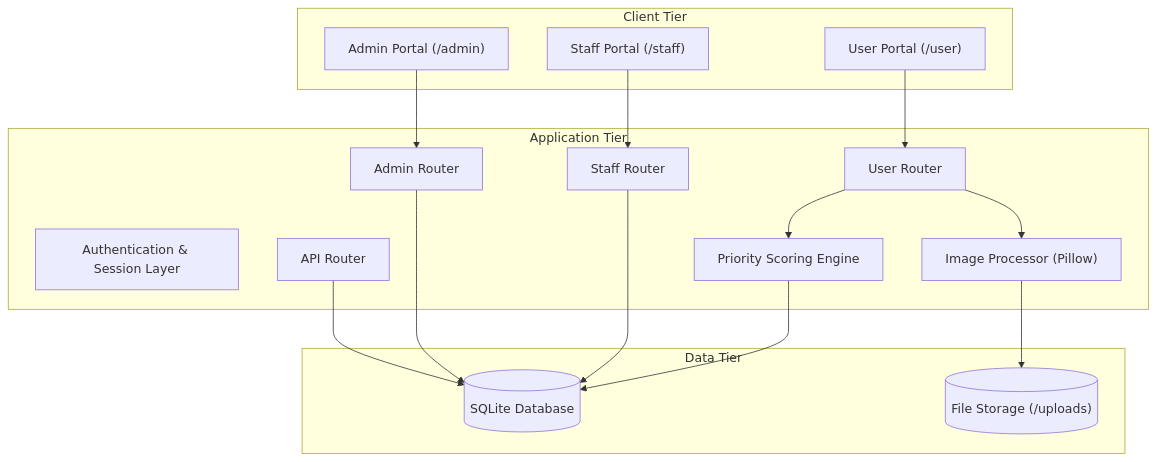
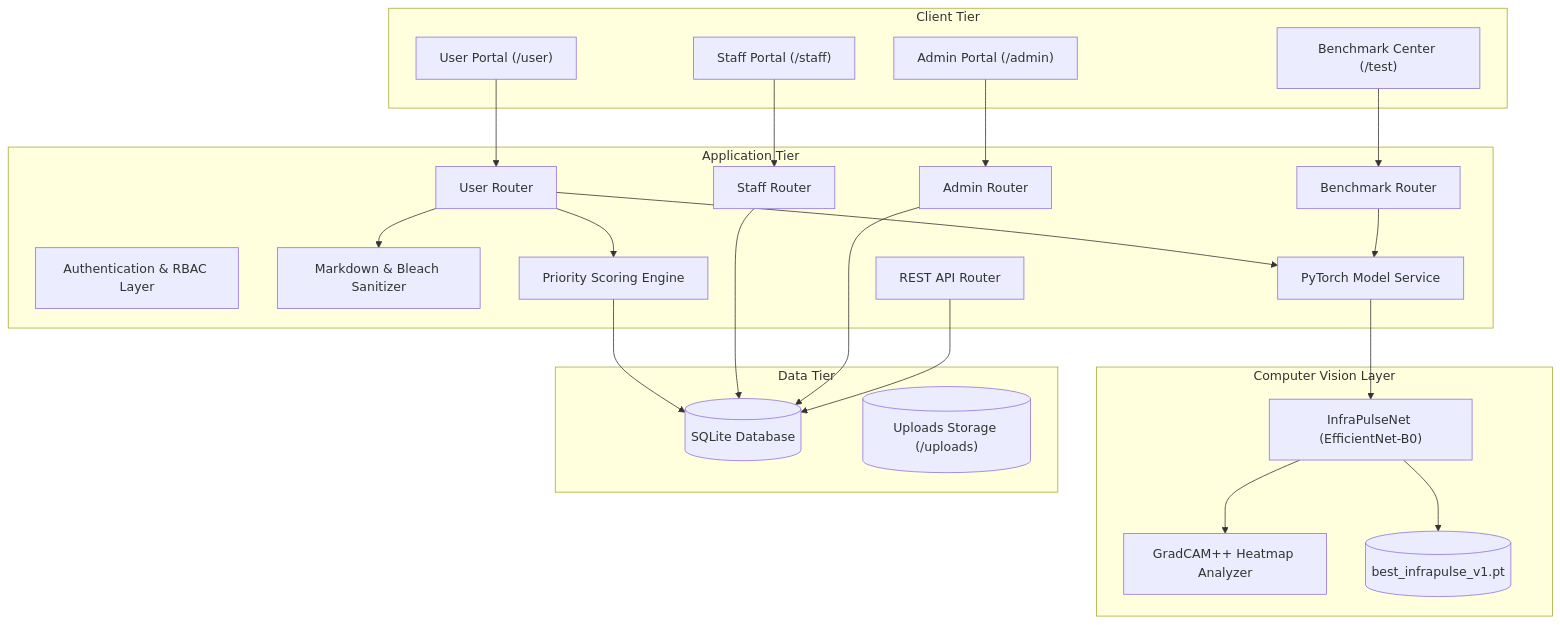
The first of 2 diagrams in docs/DESIGN_DOCUMENT.md (Bittu5134/InfraPulse), drawn with Mermaid before and after one commit. The commit also changed other lines of this file and 13 other files, not shown here.

Commit message:
feat: add WYSIWYG Markdown editor with live preview, safe HTML sanitizer, and update docs and README with all PS & QoL features

````diff
--- a/docs/DESIGN_DOCUMENT.md
+++ b/docs/DESIGN_DOCUMENT.md
@@ -26,33 +26,46 @@
 ```mermaid
 graph TB
     subgraph Client Tier
         UI_User["User Portal (/user)"]
         UI_Staff["Staff Portal (/staff)"]
         UI_Admin["Admin Portal (/admin)"]
+        UI_Bench["Benchmark Center (/test)"]
     end
 
     subgraph Application Tier
-        Auth["Authentication & Session Layer"]
+        Auth["Authentication & RBAC Layer"]
+        MDEngine["Markdown & Bleach Sanitizer"]
         UserRouter["User Router"]
         StaffRouter["Staff Router"]
         AdminRouter["Admin Router"]
-        APIRouter["API Router"]
+        BenchRouter["Benchmark Router"]
+        APIRouter["REST API Router"]
         PriorityEngine["Priority Scoring Engine"]
-        ImageProcessing["Image Processor (Pillow)"]
+        ModelService["PyTorch Model Service"]
+    end
+
+    subgraph Computer Vision Layer
+        Net["InfraPulseNet (EfficientNet-B0)"]
+        GradCAM["GradCAM++ Heatmap Analyzer"]
+        Checkpoint[("best_infrapulse_v1.pt")]
     end
 
     subgraph Data Tier
         DB[("SQLite Database")]
-        Storage[("File Storage (/uploads)")]
+        Storage[("Uploads Storage (/uploads)")]
     end
 
     UI_User --> UserRouter
     UI_Staff --> StaffRouter
     UI_Admin --> AdminRouter
+    UI_Bench --> BenchRouter
 
-    UserRouter --> ImageProcessing --> Storage
+    UserRouter --> MDEngine
+    UserRouter --> ModelService --> Net --> GradCAM
+    Net --> Checkpoint
     UserRouter --> PriorityEngine --> DB
     StaffRouter --> DB
     AdminRouter --> DB
     APIRouter --> DB
+    BenchRouter --> ModelService
 ```
````
